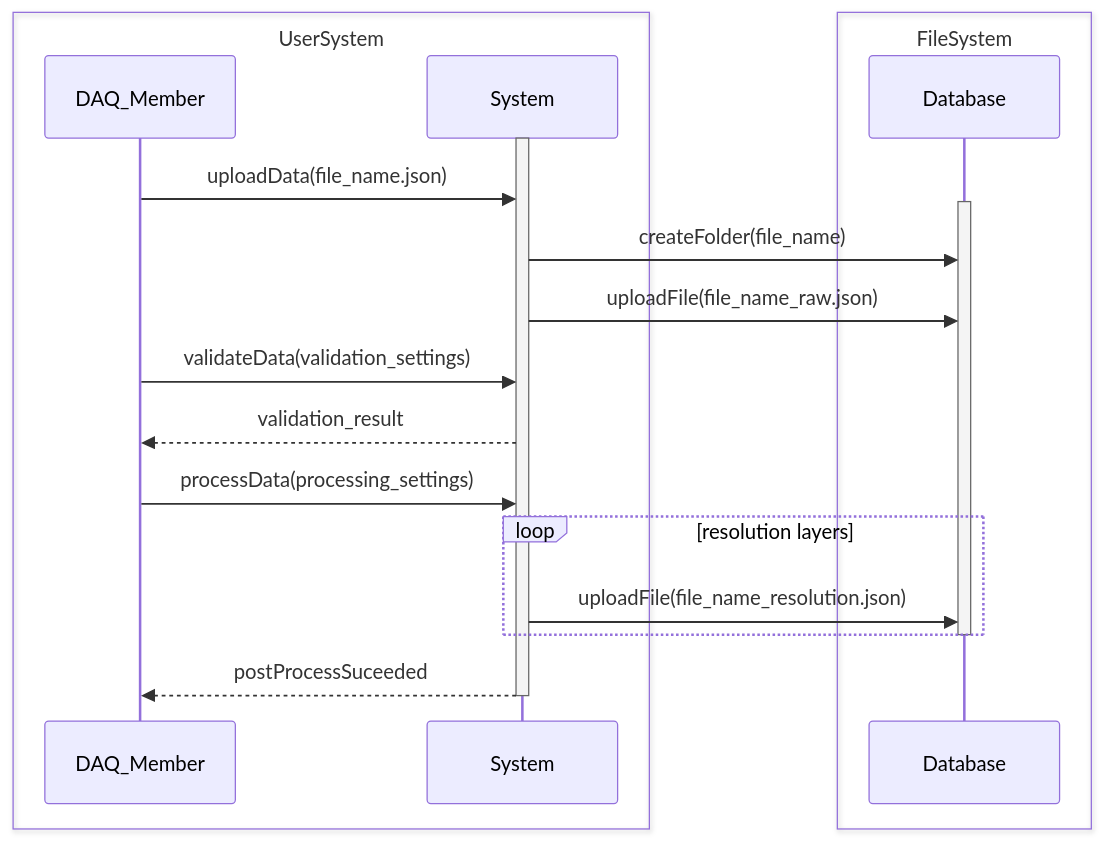
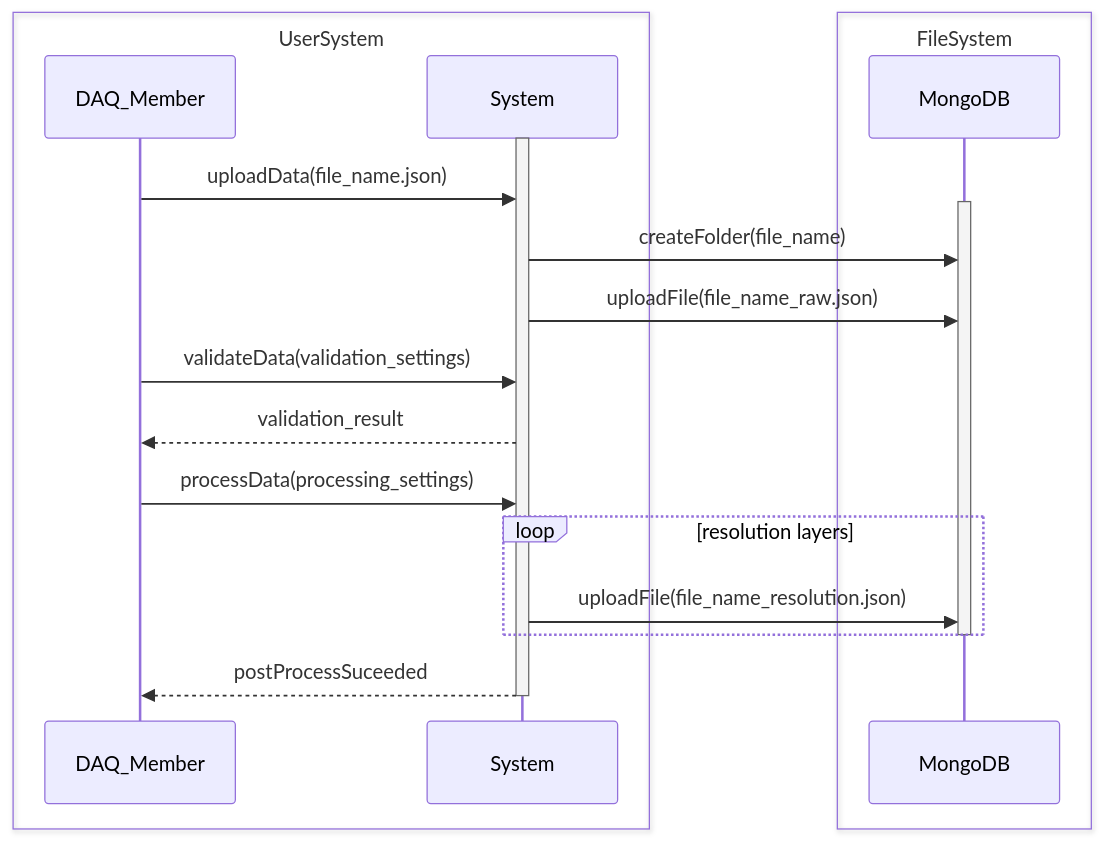
The diagram in Design Documents/diagrams/upload_data.mmd (Georgia-Tech-Off-Road/DAQAnalyticsWebsiteMK2), drawn with Mermaid before and after one commit. The commit also changed 3 other files, not shown here.

```diff
--- a/Design Documents/diagrams/upload_data.mmd
+++ b/Design Documents/diagrams/upload_data.mmd
@@ -1,24 +1,24 @@
 sequenceDiagram
     box UserSystem
         participant U as DAQ_Member
         participant S as System
     end
 
     box FileSystem
-        participant FS as Database
+        participant FS as MongoDB
     end
 
 activate S
 U->>S: uploadData(file_name.json)
 activate FS
 S->>FS: createFolder(file_name)
 S->>FS: uploadFile(file_name_raw.json)
 U->>S: validateData(validation_settings)
 S-->>U: validation_result
 U->>S: processData(processing_settings)
 loop resolution layers
     S->>FS: uploadFile(file_name_resolution.json)
 end
 deactivate FS
 S-->>U: postProcessSuceeded
 deactivate S
```
